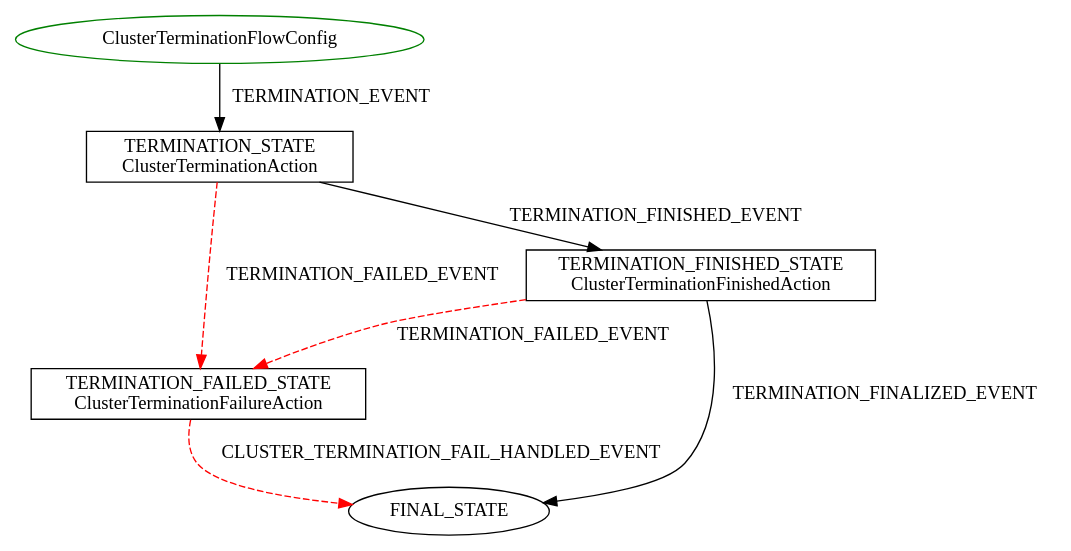
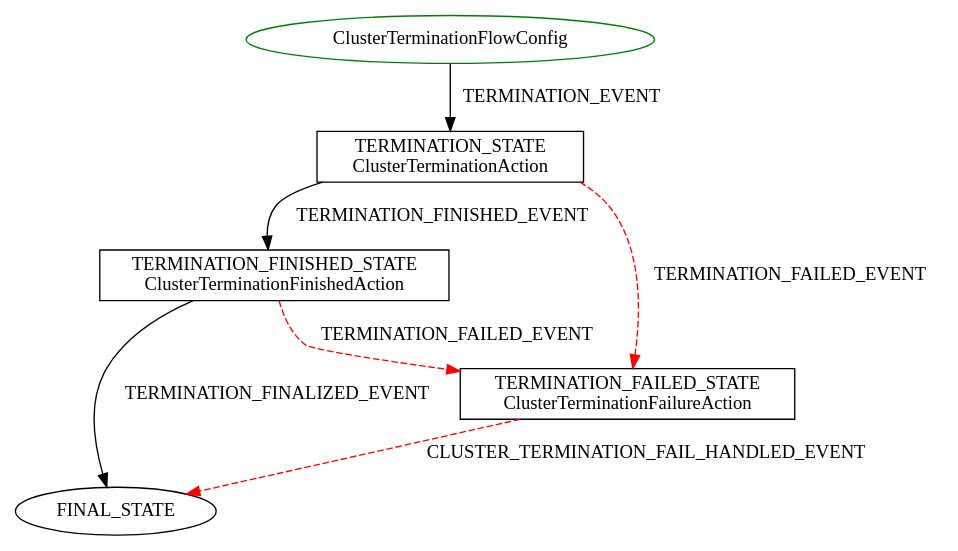
One commit to wprender/cloudbreak-docs changed the diagram in docs/diagrams/ClusterTerminationFlowConfig.dot. Above: the diagram before and after it, drawn with Graphviz. The commit also changed other lines of this file and 10 other files, not shown here.

Commit message:
CLOUD-50456 Stack upscale/downscale with new flow engine, upscale

```diff
--- a/docs/diagrams/ClusterTerminationFlowConfig.dot
+++ b/docs/diagrams/ClusterTerminationFlowConfig.dot
@@ -1,12 +1,12 @@
 digraph {
 INIT_STATE [label="ClusterTerminationFlowConfig" shape=ellipse color=green];
 TERMINATION_STATE [label="TERMINATION_STATE\nClusterTerminationAction" shape=rect color=black];
 INIT_STATE -> TERMINATION_STATE [label="TERMINATION_EVENT" color=black style=solid];
+TERMINATION_FINISHED_STATE [label="TERMINATION_FINISHED_STATE\nClusterTerminationFinishedAction" shape=rect color=black];
+TERMINATION_STATE -> TERMINATION_FINISHED_STATE [label="TERMINATION_FINISHED_EVENT" color=black style=solid];
 TERMINATION_FAILED_STATE [label="TERMINATION_FAILED_STATE\nClusterTerminationFailureAction" shape=rect color=black];
 TERMINATION_STATE -> TERMINATION_FAILED_STATE [label="TERMINATION_FAILED_EVENT" color=red style=dashed];
 TERMINATION_FAILED_STATE -> FINAL_STATE [label="CLUSTER_TERMINATION_FAIL_HANDLED_EVENT" color=red style=dashed];
-TERMINATION_FINISHED_STATE [label="TERMINATION_FINISHED_STATE\nClusterTerminationFinishedAction" shape=rect color=black];
-TERMINATION_STATE -> TERMINATION_FINISHED_STATE [label="TERMINATION_FINISHED_EVENT" color=black style=solid];
+TERMINATION_FINISHED_STATE -> FINAL_STATE [label="TERMINATION_FINALIZED_EVENT" color=black style=solid];
 TERMINATION_FINISHED_STATE -> TERMINATION_FAILED_STATE [label="TERMINATION_FAILED_EVENT" color=red style=dashed];
-TERMINATION_FINISHED_STATE -> FINAL_STATE [label="TERMINATION_FINALIZED_EVENT" color=black style=solid];
 }
```
